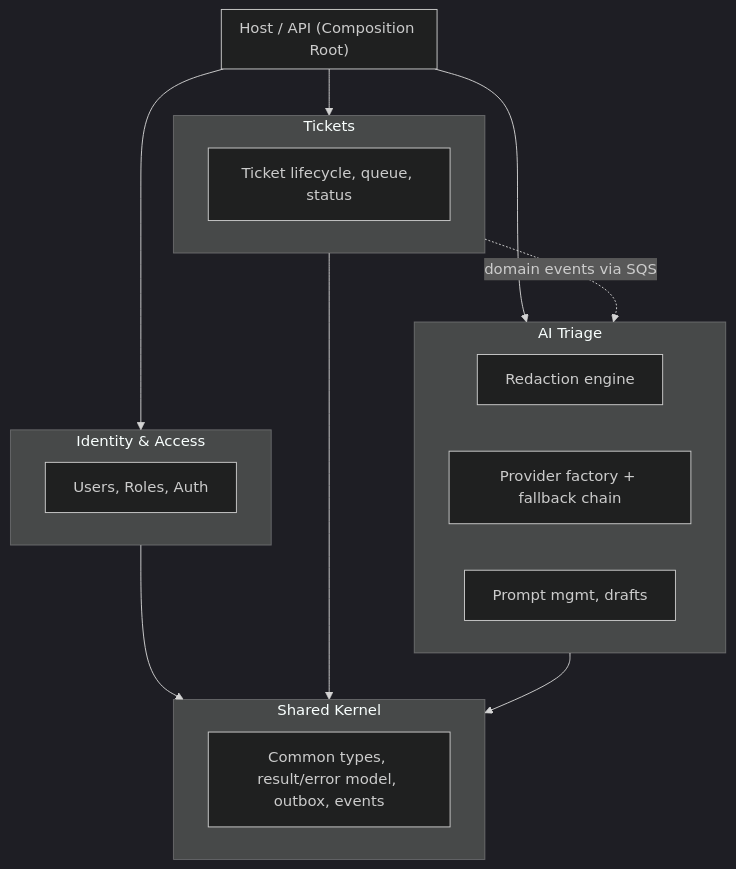
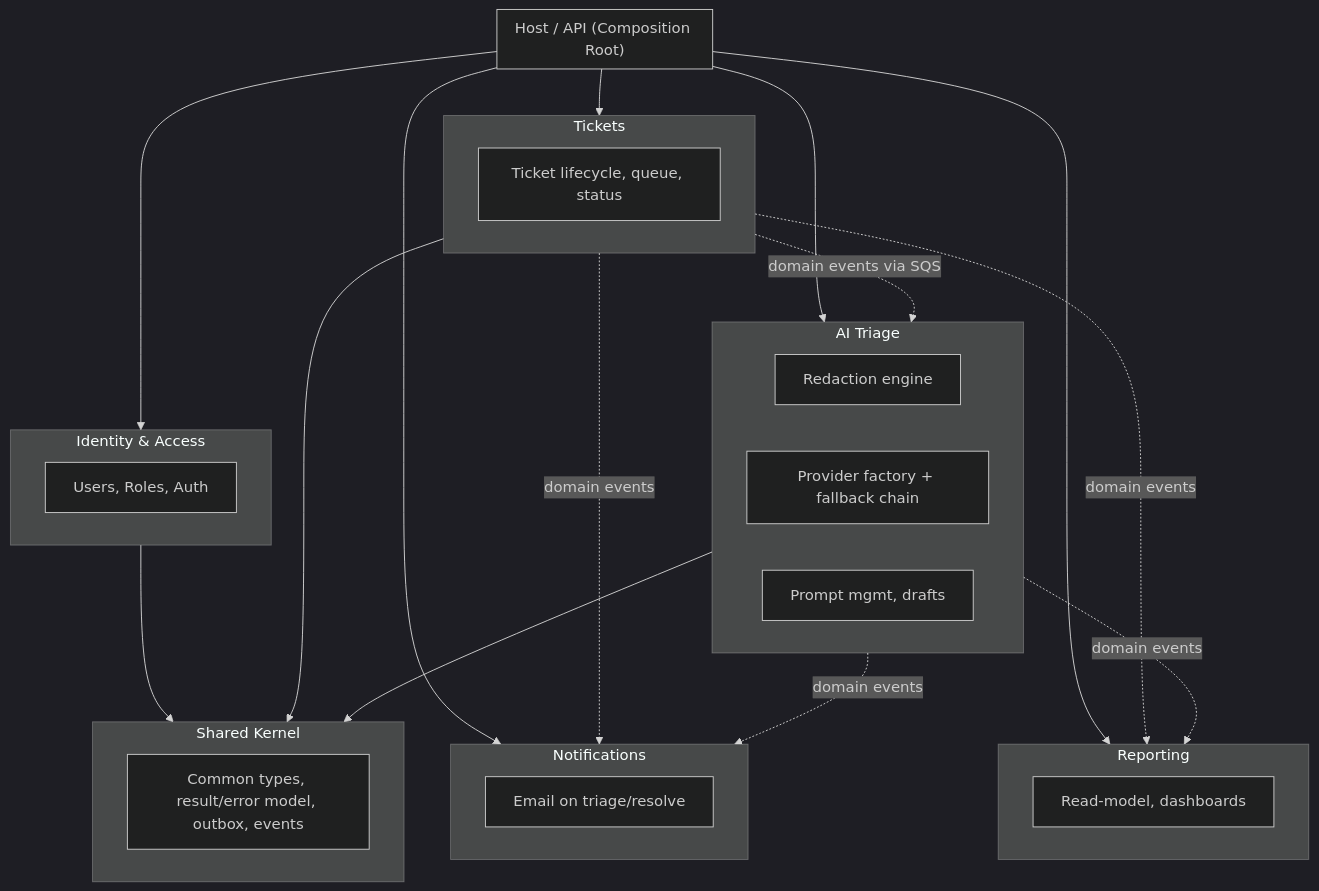
The diagram in README.md (xray79/ticket-triage), drawn with Mermaid (dark theme) before and after one commit. The commit also changed other lines of this file and 64 other files, not shown here.

First line of the commit message:
feat(notifications,reporting): add Notifications and Reporting modules

````diff
--- a/README.md
+++ b/README.md
@@ -17,31 +18,45 @@
 ```mermaid
 flowchart TB
     subgraph Host["Host / API (Composition Root)"]
     end
 
     subgraph Identity["Identity & Access"]
         A1[Users, Roles, Auth]
     end
 
     subgraph Tickets["Tickets"]
         T1[Ticket lifecycle, queue, status]
     end
 
     subgraph Triage["AI Triage"]
         R1[Redaction engine]
         R2[Provider factory + fallback chain]
         R3[Prompt mgmt, drafts]
     end
 
+    subgraph Notifications["Notifications"]
+        N1[Email on triage/resolve]
+    end
+
+    subgraph Reporting["Reporting"]
+        P1[Read-model, dashboards]
+    end
+
     subgraph Shared["Shared Kernel"]
         S1[Common types, result/error model, outbox, events]
     end
 
     Host --> Identity
     Host --> Tickets
     Host --> Triage
+    Host --> Notifications
+    Host --> Reporting
     Tickets -.domain events via SQS.-> Triage
+    Tickets -.domain events.-> Notifications
+    Tickets -.domain events.-> Reporting
+    Triage -.domain events.-> Notifications
+    Triage -.domain events.-> Reporting
     Identity --> Shared
     Tickets --> Shared
     Triage --> Shared
 ```
````
